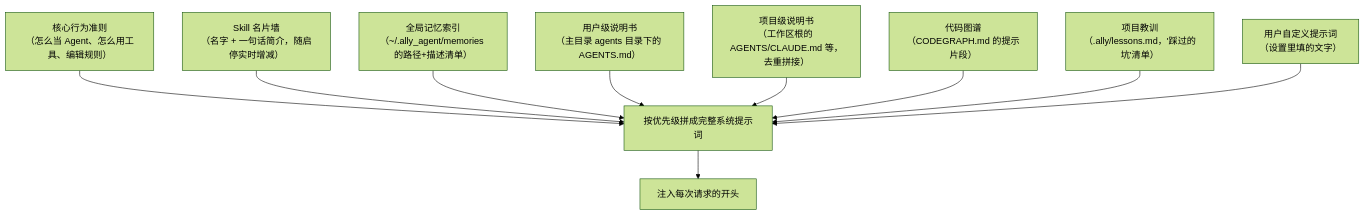
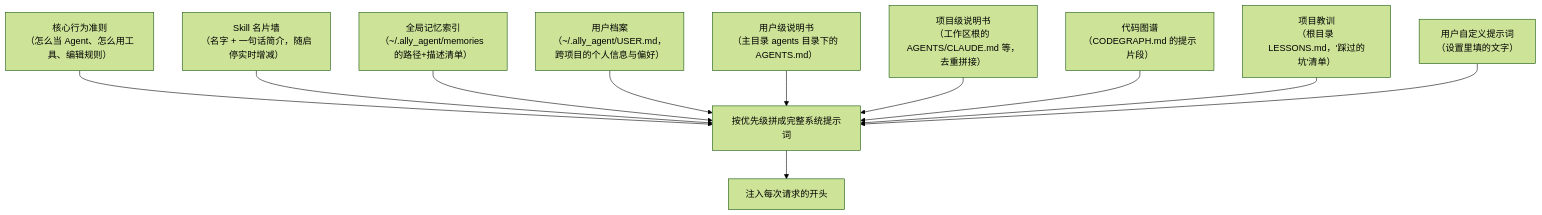
The fifth of 16 diagrams in docs/agent-architecture.md (Bronya0/ally-agent), drawn with Mermaid (forest theme) before and after one commit. The commit also changed other lines of this file and 36 other files, not shown here.

````diff
--- a/docs/agent-architecture.md
+++ b/docs/agent-architecture.md
@@ -232,12 +232,13 @@
 ```mermaid
 flowchart TD
     A["核心行为准则<br/>（怎么当 Agent、怎么用工具、编辑规则）"] --> P
     B["Skill 名片墙<br/>（名字 + 一句话简介，随启停实时增减）"] --> P
     C["全局记忆索引<br/>（~/.ally_agent/memories 的路径+描述清单）"] --> P
+    I["用户档案<br/>（~/.ally_agent/USER.md，跨项目的个人信息与偏好）"] --> P
     D["用户级说明书<br/>（主目录 agents 目录下的 AGENTS.md）"] --> P
     E["项目级说明书<br/>（工作区根的 AGENTS/CLAUDE.md 等，去重拼接）"] --> P
     F["代码图谱<br/>（CODEGRAPH.md 的提示片段）"] --> P
-    G["项目教训<br/>（.ally/lessons.md，'踩过的坑'清单）"] --> P
+    G["项目教训<br/>（根目录 LESSONS.md，'踩过的坑'清单）"] --> P
     H["用户自定义提示词<br/>（设置里填的文字）"] --> P
     P["按优先级拼成完整系统提示词"] --> OUT["注入每次请求的开头"]
 ```
````
